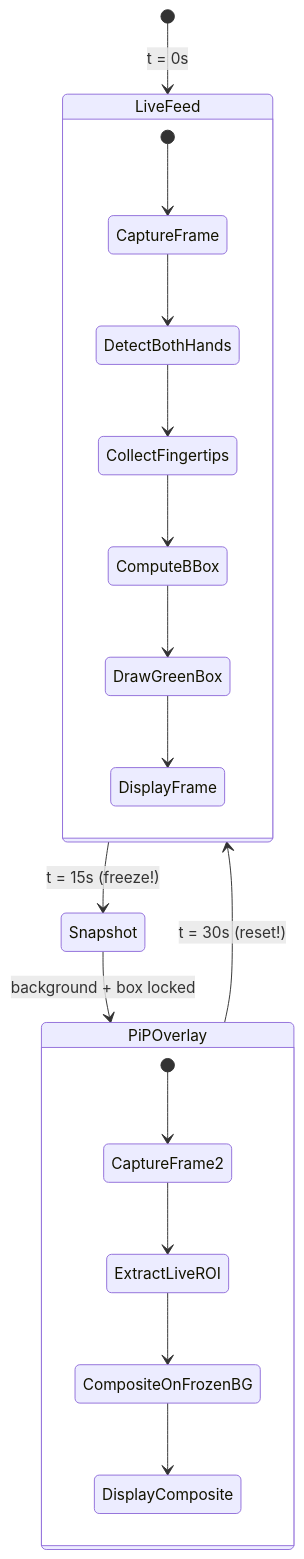
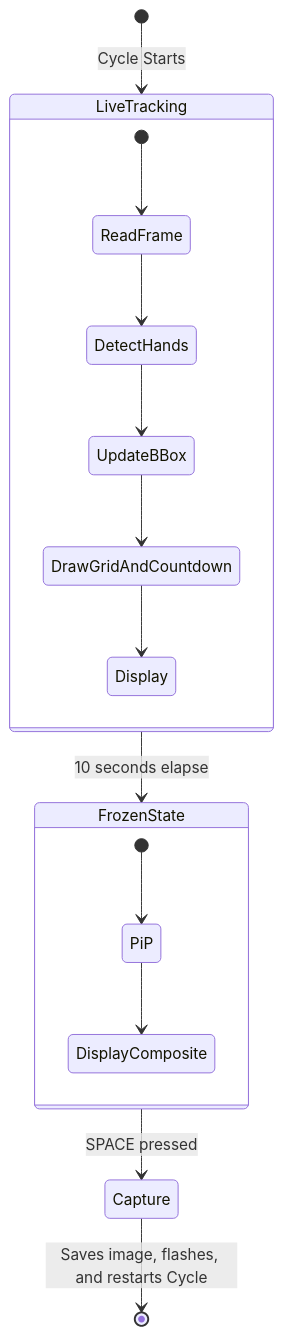
One commit to RenjiroEgan/Gridcam changed the first of 3 diagrams in README.md. Above: the diagram before and after it, drawn with Mermaid. The commit also changed other lines of this file and 2 other files, not shown here.

Commit message:
refactor: Update to 10s tracking duration with 5s countdown & manual PiP capture

````diff
--- a/README.md
+++ b/README.md
@@ -11,23 +9,20 @@
 ```mermaid
 stateDiagram-v2
-    [*] --> LiveFeed: t = 0s
-    LiveFeed --> Snapshot: t = 15s (freeze!)
-    Snapshot --> PiPOverlay: background + box locked
-    PiPOverlay --> LiveFeed: t = 30s (reset!)
+    [*] --> LiveTracking: Cycle Starts
+    LiveTracking --> FrozenState: 10 seconds elapse
+    FrozenState --> Capture: SPACE pressed
+    Capture --> [*]: Saves image, flashes, and restarts Cycle
 
-    state LiveFeed {
-        [*] --> CaptureFrame
-        CaptureFrame --> DetectBothHands
-        DetectBothHands --> CollectFingertips
-        CollectFingertips --> ComputeBBox
-        ComputeBBox --> DrawGreenBox
-        DrawGreenBox --> DisplayFrame
+    state LiveTracking {
+        [*] --> ReadFrame
+        ReadFrame --> DetectHands
+        DetectHands --> UpdateBBox
+        UpdateBBox --> DrawGridAndCountdown
+        DrawGridAndCountdown --> Display
     }
 
-    state PiPOverlay {
-        [*] --> CaptureFrame2
-        CaptureFrame2 --> ExtractLiveROI
-        ExtractLiveROI --> CompositeOnFrozenBG
-        CompositeOnFrozenBG --> DisplayComposite
+    state FrozenState {
+        [*] --> PiP
+        PiP --> DisplayComposite
     }
 ```
````
